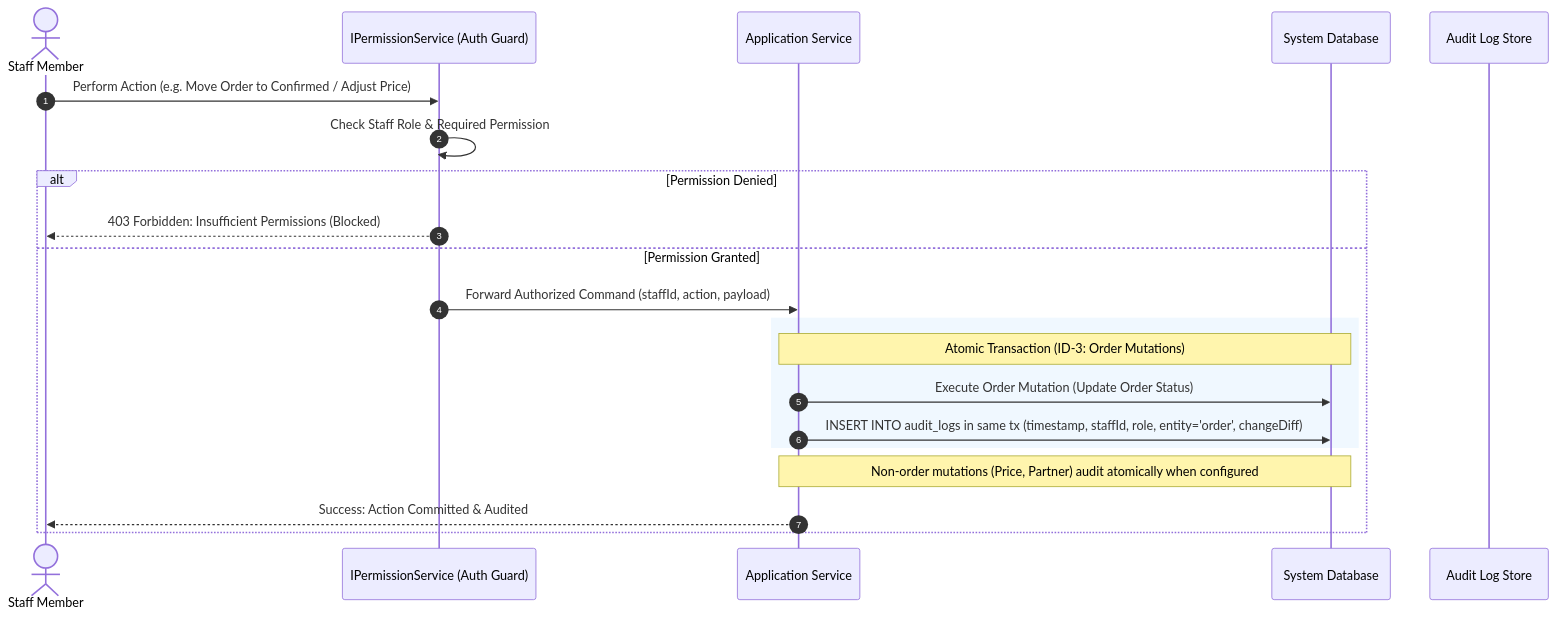
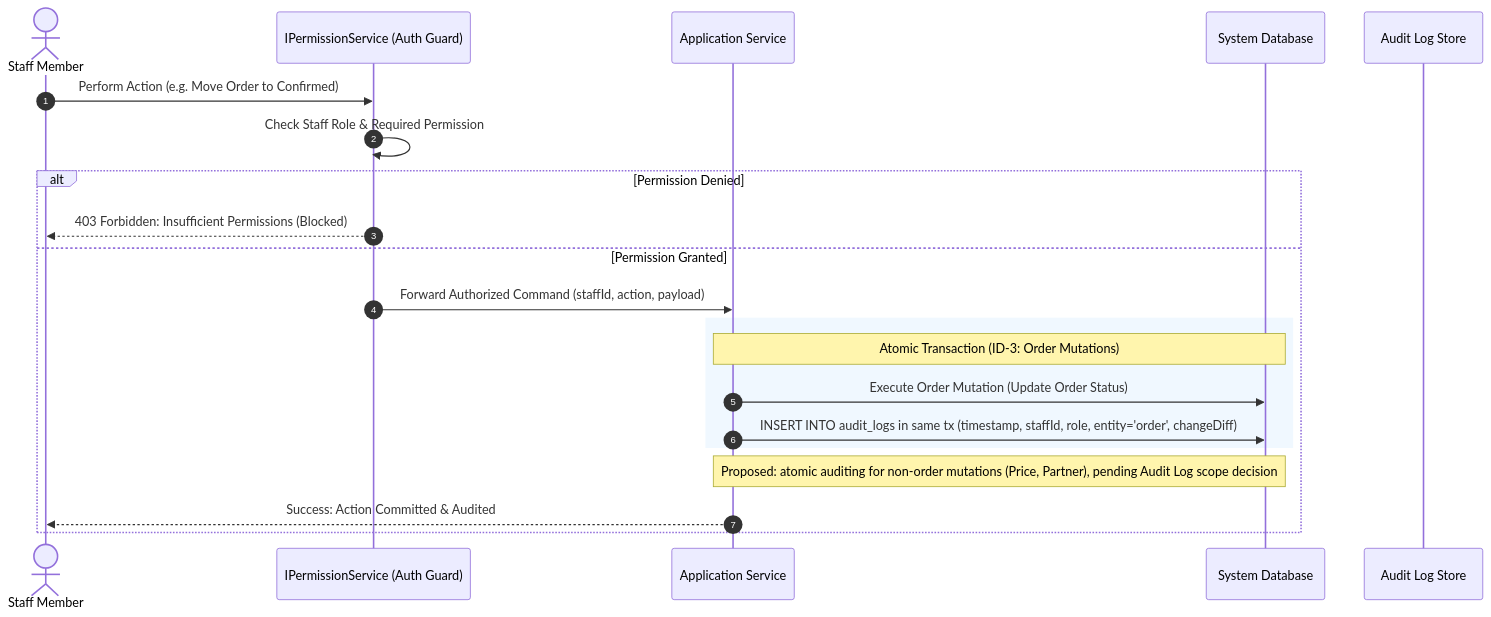
The second of 2 diagrams in docs/business/identity-and-administration.md (3mrhussein/findeg), drawn with Mermaid before and after one commit.

Commit message:
docs: clarify that non-order atomic auditing is proposed pending a scope decision

````diff
--- a/docs/business/identity-and-administration.md
+++ b/docs/business/identity-and-administration.md
@@ -131,24 +131,24 @@
 ```mermaid
 sequenceDiagram
     autonumber
     actor Staff as Staff Member
     participant Guard as IPermissionService (Auth Guard)
     participant Core as Application Service
     participant DB as System Database
     participant Audit as Audit Log Store
 
-    Staff->>Guard: Perform Action (e.g. Move Order to Confirmed / Adjust Price)
+    Staff->>Guard: Perform Action (e.g. Move Order to Confirmed)
     Guard->>Guard: Check Staff Role & Required Permission
     alt Permission Denied
         Guard-->>Staff: 403 Forbidden: Insufficient Permissions (Blocked)
     else Permission Granted
         Guard->>Core: Forward Authorized Command (staffId, action, payload)
         rect rgb(240, 248, 255)
         note over Core,DB: Atomic Transaction (ID-3: Order Mutations)
         Core->>DB: Execute Order Mutation (Update Order Status)
         Core->>DB: INSERT INTO audit_logs in same tx (timestamp, staffId, role, entity='order', changeDiff)
         end
-        note over Core,DB: Non-order mutations (Price, Partner) audit atomically when configured
+        note over Core,DB: Proposed: atomic auditing for non-order mutations (Price, Partner), pending Audit Log scope decision
         Core-->>Staff: Success: Action Committed & Audited
     end
 ```
````
